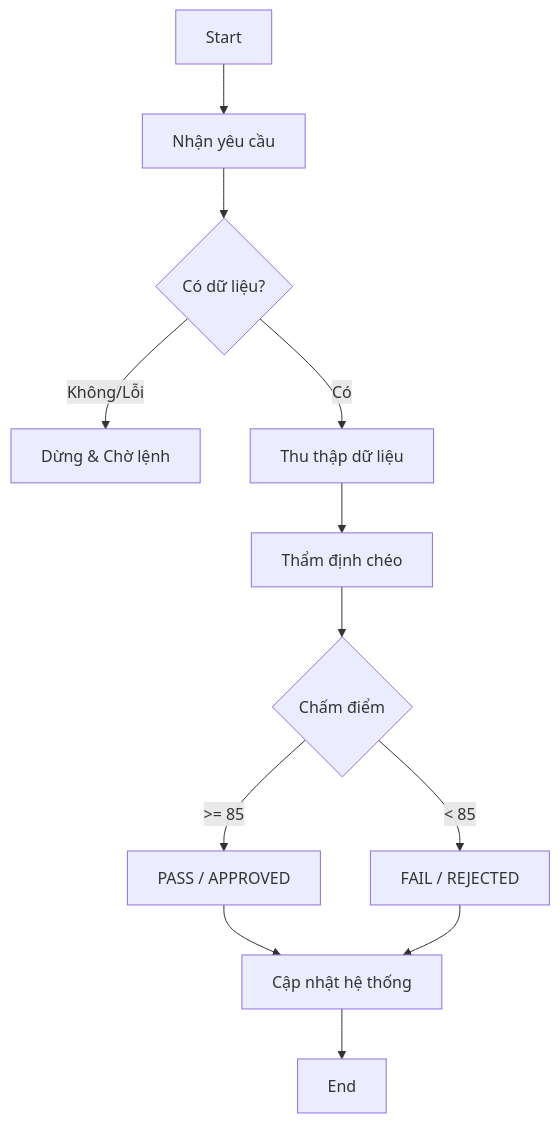
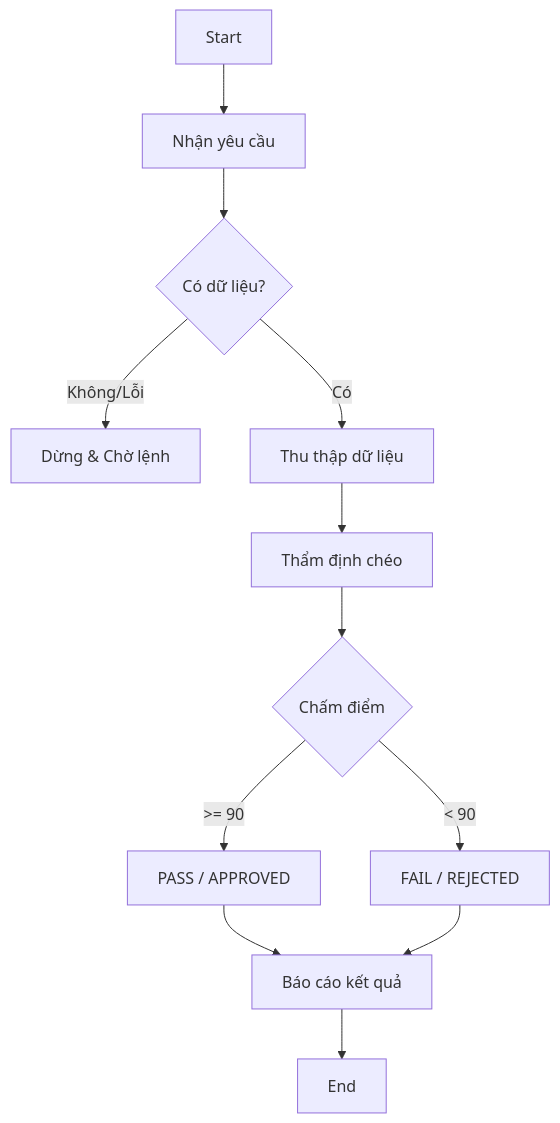
The diagram in mattin-ba-lead/.agents/workflows/review-cycle.md (phongdh04/docs-for-codex-hackerthon-), drawn with Mermaid before and after one commit. The commit also changed other lines of this file and 5 other files, not shown here.

````diff
--- a/mattin-ba-lead/.agents/workflows/review-cycle.md
+++ b/mattin-ba-lead/.agents/workflows/review-cycle.md
@@ -10,14 +10,14 @@
 ```mermaid
 flowchart TD
   A[Start] --> B[Nhận yêu cầu]
   B --> C{Có dữ liệu?}
   C -->|Không/Lỗi| D[Dừng & Chờ lệnh]
   C -->|Có| E[Thu thập dữ liệu]
   E --> F[Thẩm định chéo]
   F --> G{Chấm điểm}
-  G -->|>= 85| H[PASS / APPROVED]
-  G -->|< 85| I[FAIL / REJECTED]
-  H --> J[Cập nhật hệ thống]
+  G -->|>= 90| H[PASS / APPROVED]
+  G -->|< 90| I[FAIL / REJECTED]
+  H --> J[Báo cáo kết quả]
   I --> J
   J --> K[End]
 ```
````
